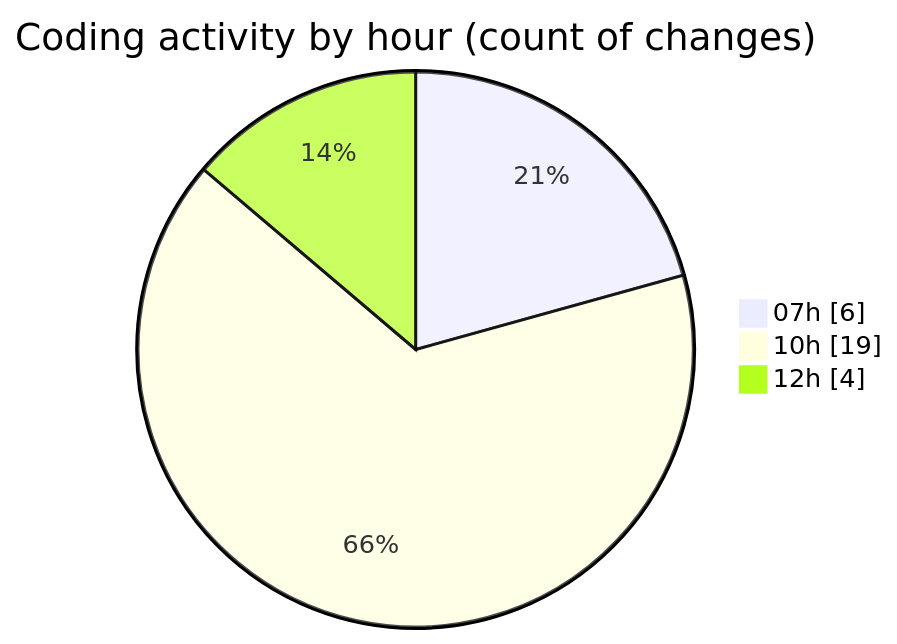
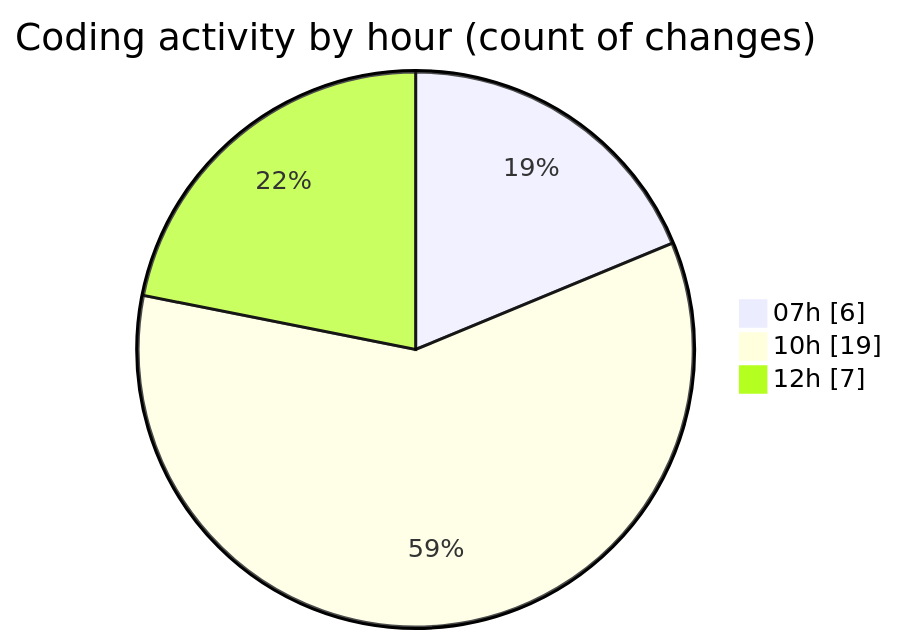
Before and after one commit to lephambinh05/code-tracking: the second of 2 diagrams in 2025-08-14/rentotp/README.md, drawn with Mermaid. The commit also changed other lines of this file and 1 other file, not shown here.

````diff
--- a/2025-08-14/rentotp/README.md
+++ b/2025-08-14/rentotp/README.md
@@ -30,7 +33,7 @@
 ```mermaid
 pie showData
 title Coding activity by hour (count of changes)
 "07h" : 6
 "10h" : 19
-"12h" : 4
+"12h" : 7
 ```
````
